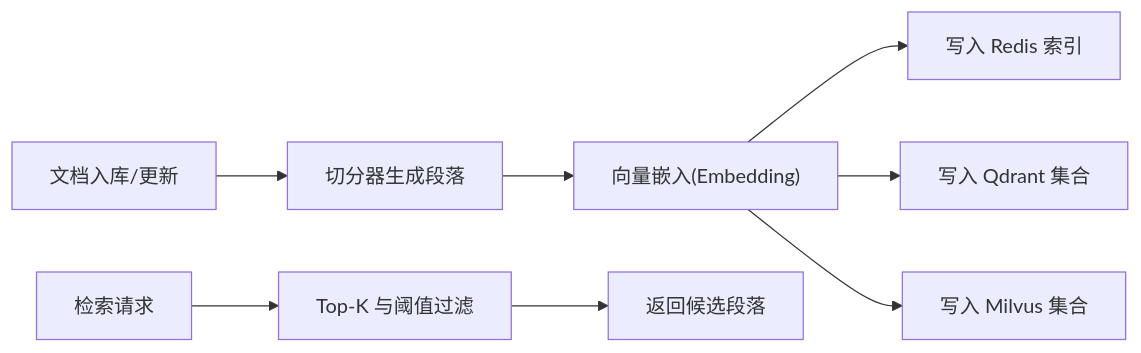
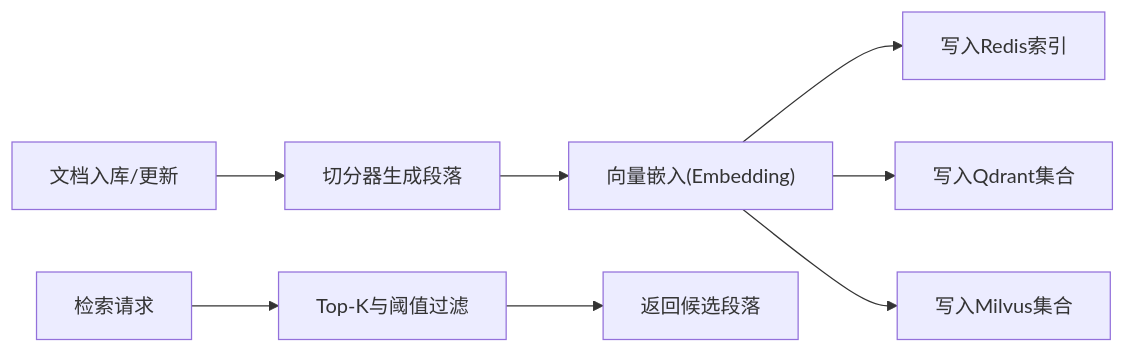
Before and after one commit to X555LB/data-ai: the seventh of 9 diagrams in .qoder/repowiki/zh/content/知识库管理系统/知识库管理系统.md, drawn with Mermaid. The commit also changed other lines of this file and 11 other files, not shown here.

````diff
--- a/.qoder/repowiki/zh/content/知识库管理系统/知识库管理系统.md
+++ b/.qoder/repowiki/zh/content/知识库管理系统/知识库管理系统.md
@@ -321,10 +390,10 @@
 ```mermaid
 graph LR
 A["文档入库/更新"] --> B["切分器生成段落"]
 B --> C["向量嵌入(Embedding)"]
-C --> D["写入 Redis 索引"]
-C --> E["写入 Qdrant 集合"]
-C --> F["写入 Milvus 集合"]
-G["检索请求"] --> H["Top-K 与阈值过滤"]
+C --> D["写入Redis索引"]
+C --> E["写入Qdrant集合"]
+C --> F["写入Milvus集合"]
+G["检索请求"] --> H["Top-K与阈值过滤"]
 H --> I["返回候选段落"]
 ```
````
